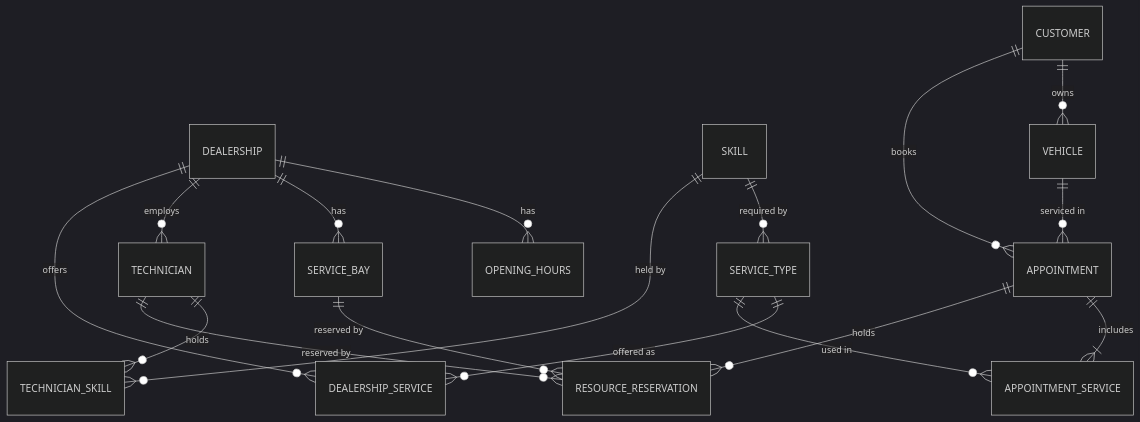
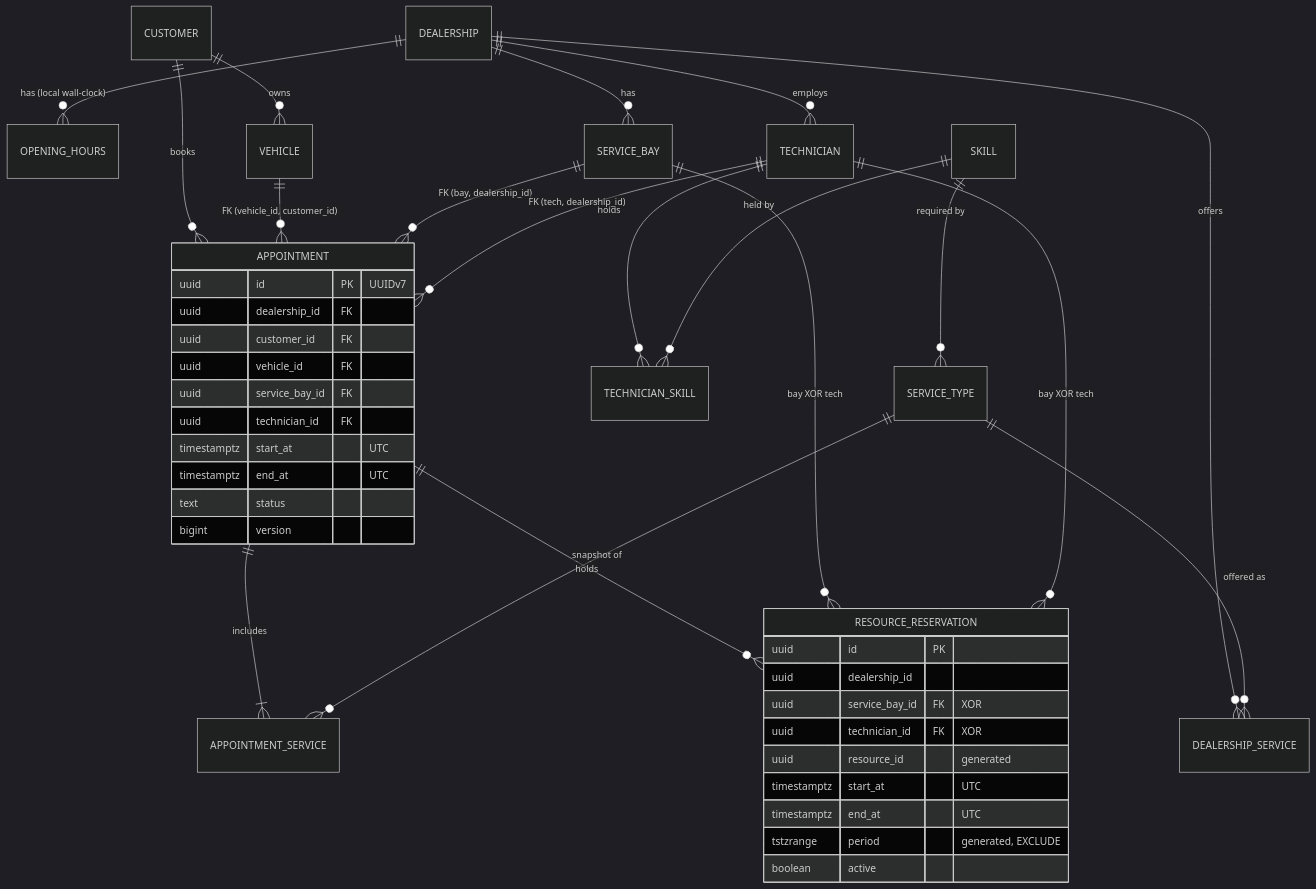
Before and after one commit to leole20236/unified-service-scheduler: the diagram in docs/diagrams/03-erd.mmd, drawn with Mermaid (dark theme). The commit also changed 4 other files, not shown here.

First line of the commit message:
docs: harden schema integrity and indexes, UTC everywhere

```diff
--- a/docs/diagrams/03-erd.mmd
+++ b/docs/diagrams/03-erd.mmd
@@ -1,17 +1,43 @@
 erDiagram
-    DEALERSHIP ||--o{ OPENING_HOURS : "has"
+    DEALERSHIP ||--o{ OPENING_HOURS : "has (local wall-clock)"
     DEALERSHIP ||--o{ SERVICE_BAY : "has"
     DEALERSHIP ||--o{ TECHNICIAN : "employs"
     DEALERSHIP ||--o{ DEALERSHIP_SERVICE : "offers"
     SERVICE_TYPE ||--o{ DEALERSHIP_SERVICE : "offered as"
     SKILL ||--o{ SERVICE_TYPE : "required by"
     TECHNICIAN ||--o{ TECHNICIAN_SKILL : "holds"
     SKILL ||--o{ TECHNICIAN_SKILL : "held by"
     CUSTOMER ||--o{ VEHICLE : "owns"
     CUSTOMER ||--o{ APPOINTMENT : "books"
-    VEHICLE ||--o{ APPOINTMENT : "serviced in"
+    VEHICLE ||--o{ APPOINTMENT : "FK (vehicle_id, customer_id)"
+    SERVICE_BAY ||--o{ APPOINTMENT : "FK (bay, dealership_id)"
+    TECHNICIAN ||--o{ APPOINTMENT : "FK (tech, dealership_id)"
     APPOINTMENT ||--|{ APPOINTMENT_SERVICE : "includes"
-    SERVICE_TYPE ||--o{ APPOINTMENT_SERVICE : "used in"
+    SERVICE_TYPE ||--o{ APPOINTMENT_SERVICE : "snapshot of"
     APPOINTMENT ||--o{ RESOURCE_RESERVATION : "holds"
-    SERVICE_BAY ||--o{ RESOURCE_RESERVATION : "reserved by"
-    TECHNICIAN ||--o{ RESOURCE_RESERVATION : "reserved by"
+    SERVICE_BAY ||--o{ RESOURCE_RESERVATION : "bay XOR tech"
+    TECHNICIAN ||--o{ RESOURCE_RESERVATION : "bay XOR tech"
+
+    APPOINTMENT {
+        uuid id PK "UUIDv7"
+        uuid dealership_id FK
+        uuid customer_id FK
+        uuid vehicle_id FK
+        uuid service_bay_id FK
+        uuid technician_id FK
+        timestamptz start_at "UTC"
+        timestamptz end_at "UTC"
+        text status
+        bigint version
+    }
+    RESOURCE_RESERVATION {
+        uuid id PK
+        uuid dealership_id
+        uuid service_bay_id FK "XOR"
+        uuid technician_id FK "XOR"
+        uuid resource_id "generated"
+        timestamptz start_at "UTC"
+        timestamptz end_at "UTC"
+        tstzrange period "generated, EXCLUDE"
+        boolean active
+    }
```
